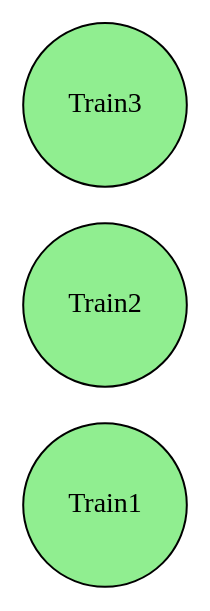
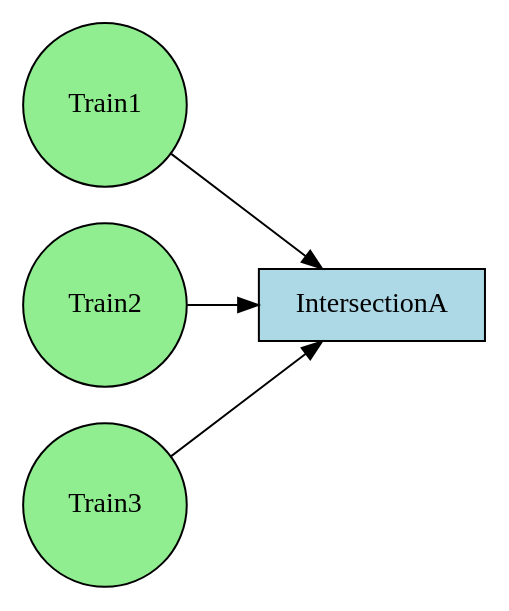
The diagram in rag.dot (Epsilon157/Group-D), drawn with Graphviz before and after one commit. The commit also changed 6 other files, not shown here.

```diff
--- a/rag.dot
+++ b/rag.dot
@@ -1,7 +1,10 @@
 digraph RAG {
   rankdir=LR;
   node [shape=rectangle, style=filled, fillcolor=lightblue];
   "Train1" [shape=circle, fillcolor=lightgreen];
+  "Train1" -> "IntersectionA";
   "Train2" [shape=circle, fillcolor=lightgreen];
+  "Train2" -> "IntersectionA";
   "Train3" [shape=circle, fillcolor=lightgreen];
+  "Train3" -> "IntersectionA";
 }
```
